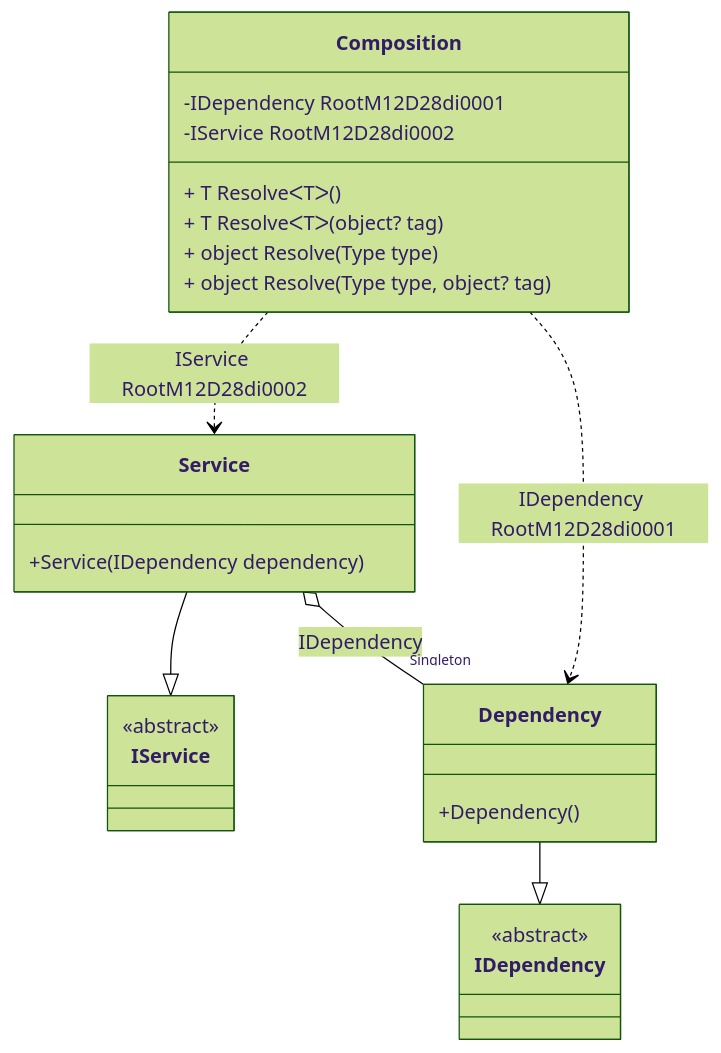
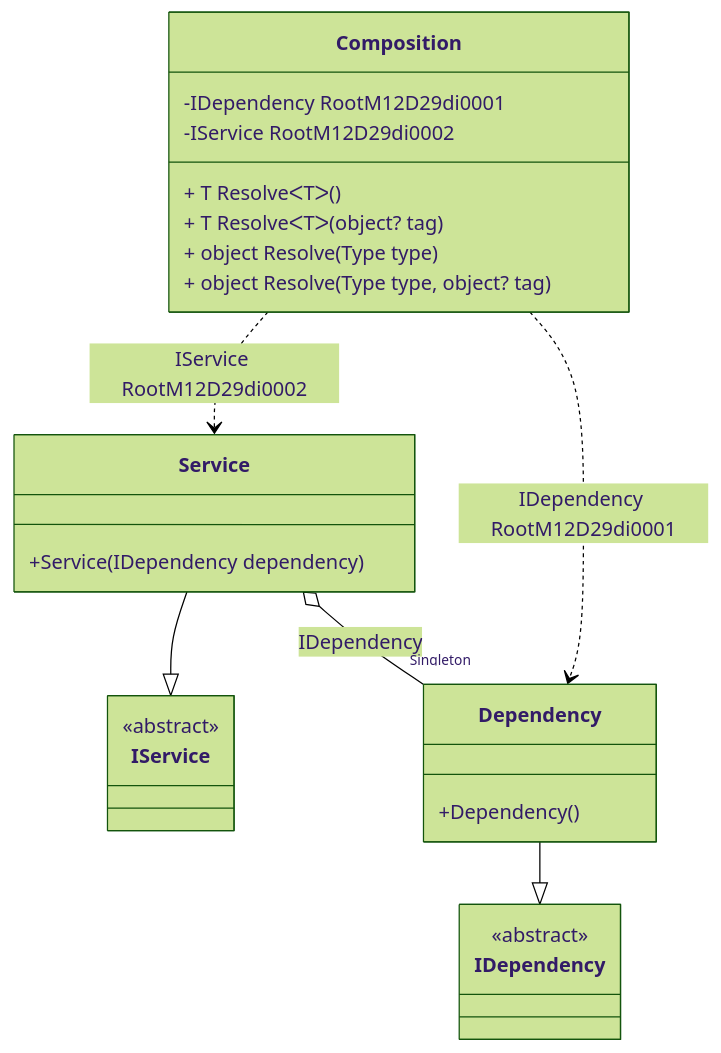
Before and after one commit to DevTeam/Pure.DI: the diagram in readme/service-collection.md, drawn with Mermaid (forest theme). The commit also changed other lines of this file and 59 other files, not shown here.

````diff
--- a/readme/service-collection.md
+++ b/readme/service-collection.md
@@ -47,28 +47,28 @@
 ```mermaid
 classDiagram
   class Composition {
-    -IDependency RootM12D28di0001
-    -IService RootM12D28di0002
+    -IDependency RootM12D29di0001
+    -IService RootM12D29di0002
     + T ResolveᐸTᐳ()
     + T ResolveᐸTᐳ(object? tag)
     + object Resolve(Type type)
     + object Resolve(Type type, object? tag)
   }
   Service --|> IService : 
   class Service {
     +Service(IDependency dependency)
   }
   Dependency --|> IDependency : 
   class Dependency {
     +Dependency()
   }
   class IService {
     <<abstract>>
   }
   class IDependency {
     <<abstract>>
   }
   Service o--  "Singleton" Dependency : IDependency
-  Composition ..> Dependency : IDependency RootM12D28di0001
-  Composition ..> Service : IService RootM12D28di0002
+  Composition ..> Dependency : IDependency RootM12D29di0001
+  Composition ..> Service : IService RootM12D29di0002
 ```
````
